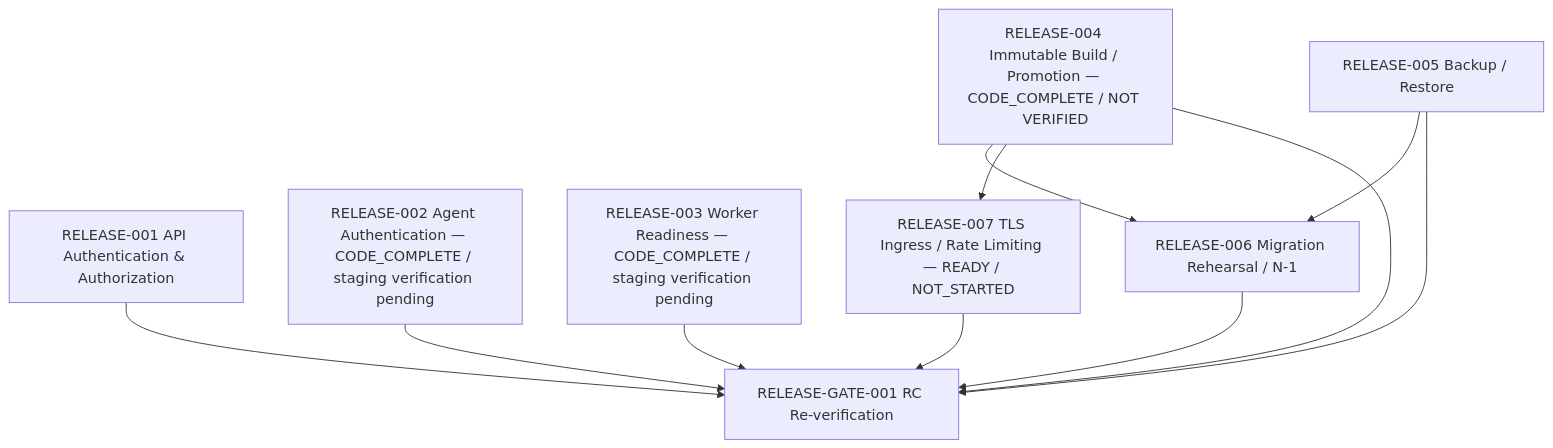
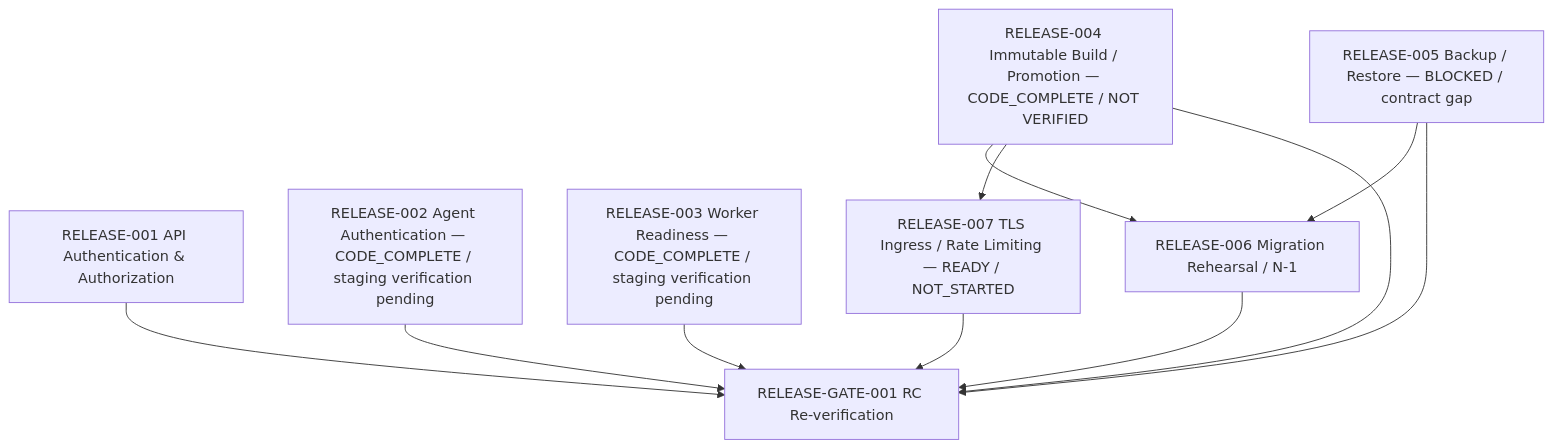
One commit to duclee9x/itcenter changed the diagram in docs/release/RELEASE_DEPENDENCY_GRAPH.md. Above: the diagram before and after it, drawn with Mermaid. The commit also changed other lines of this file and 10 other files, not shown here.

Commit message:
Define RELEASE-005 backup and recovery contract

````diff
--- a/docs/release/RELEASE_DEPENDENCY_GRAPH.md
+++ b/docs/release/RELEASE_DEPENDENCY_GRAPH.md
@@ -6,23 +6,23 @@
 ```mermaid
 flowchart TD
   R001[RELEASE-001 API Authentication & Authorization]
   R002[RELEASE-002 Agent Authentication — CODE_COMPLETE / staging verification pending]
   R003[RELEASE-003 Worker Readiness — CODE_COMPLETE / staging verification pending]
   R004[RELEASE-004 Immutable Build / Promotion — CODE_COMPLETE / NOT VERIFIED]
-  R005[RELEASE-005 Backup / Restore]
+  R005[RELEASE-005 Backup / Restore — BLOCKED / contract gap]
   R006[RELEASE-006 Migration Rehearsal / N-1]
   R007[RELEASE-007 TLS Ingress / Rate Limiting — READY / NOT_STARTED]
   G001[RELEASE-GATE-001 RC Re-verification]
 
   R004 --> R006
   R005 --> R006
   R004 --> R007
 
   R001 --> G001
   R002 --> G001
   R003 --> G001
   R004 --> G001
   R005 --> G001
   R006 --> G001
   R007 --> G001
 ```
````
